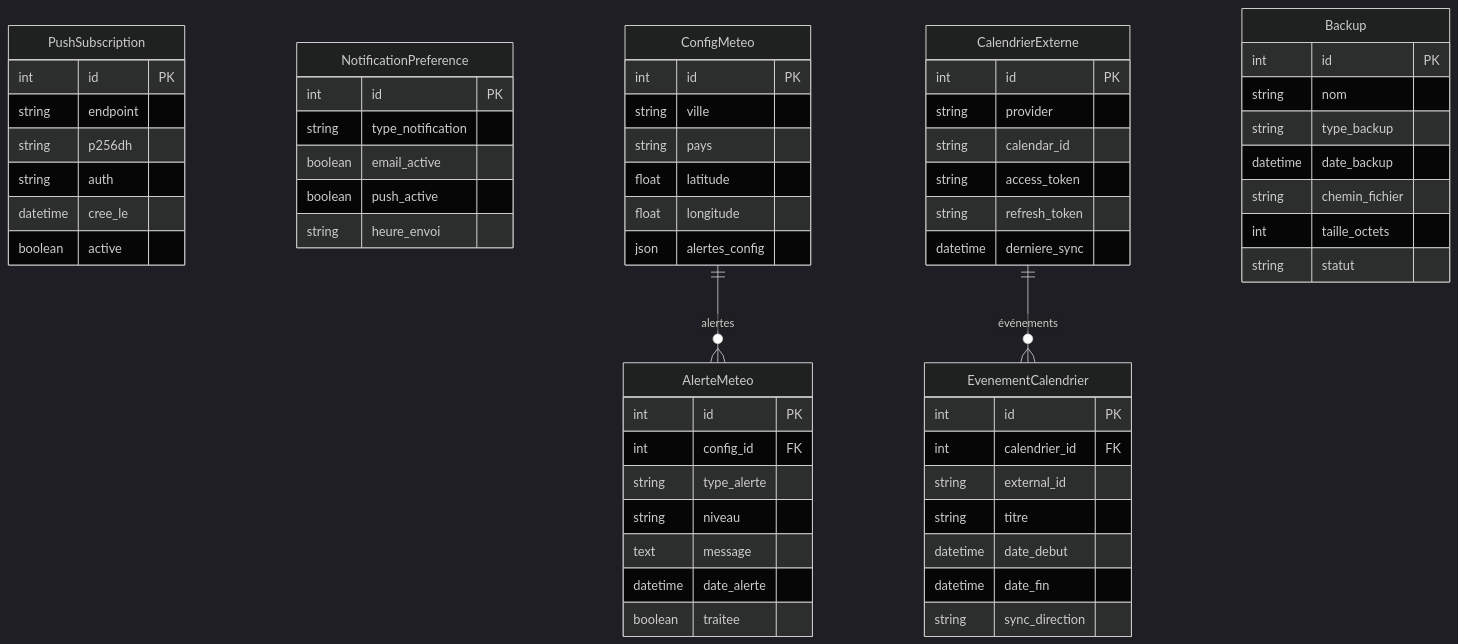
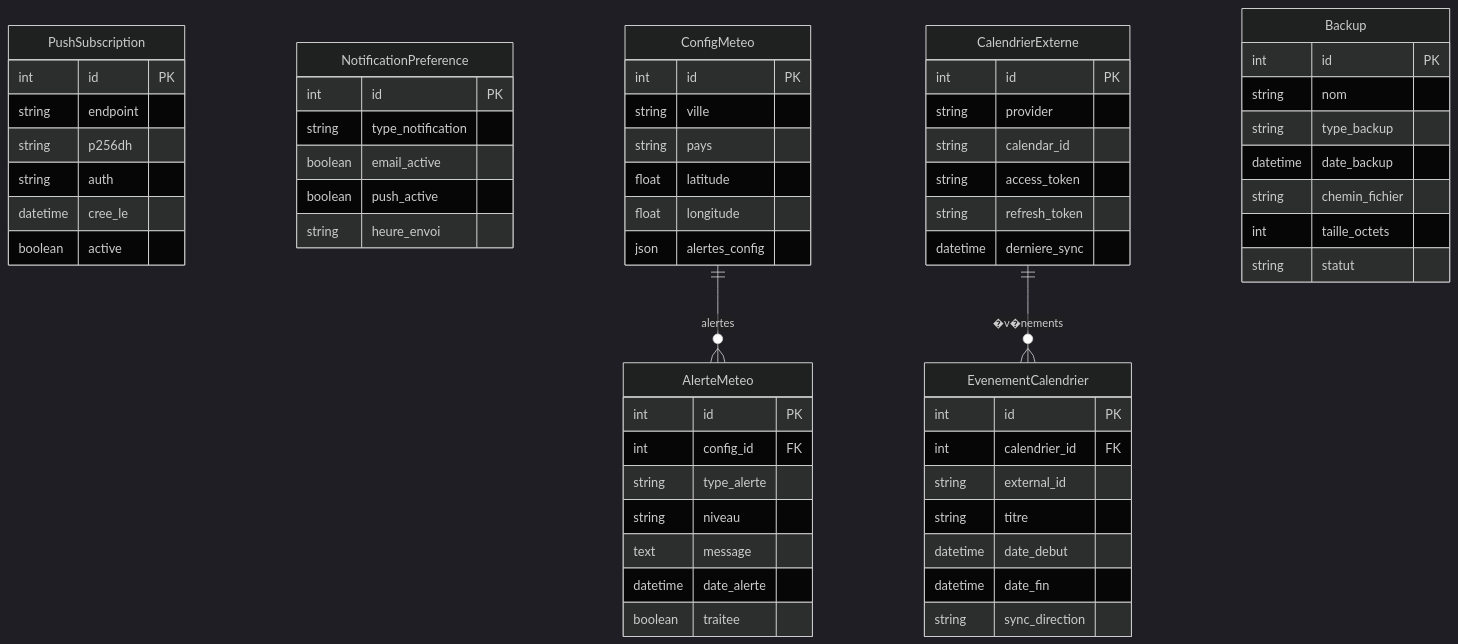
Before and after one commit to Trilian/assistant_matanne: the fourth of 5 diagrams in docs/ERD_SCHEMA.md, drawn with Mermaid (dark theme). The commit also changed other lines of this file and 46 other files, not shown here.

````diff
--- a/docs/ERD_SCHEMA.md
+++ b/docs/ERD_SCHEMA.md
@@ -678,8 +678,8 @@
 ```mermaid
 erDiagram
-    %% ═══════════════════════════════════════════════════
+    %% ---------------------------------------------------
     %% NOTIFICATIONS
-    %% ═══════════════════════════════════════════════════
+    %% ---------------------------------------------------
 
     PushSubscription {
         int id PK
@@ -698,9 +698,9 @@
         string heure_envoi
     }
 
-    %% ═══════════════════════════════════════════════════
-    %% MÉTÉO
-    %% ═══════════════════════════════════════════════════
+    %% ---------------------------------------------------
+    %% M�T�O
+    %% ---------------------------------------------------
 
     ConfigMeteo {
         int id PK
@@ -723,9 +723,9 @@
 
     ConfigMeteo ||--o{ AlerteMeteo : "alertes"
 
-    %% ═══════════════════════════════════════════════════
+    %% ---------------------------------------------------
     %% CALENDRIER EXTERNE
-    %% ═══════════════════════════════════════════════════
+    %% ---------------------------------------------------
 
     CalendrierExterne {
         int id PK
@@ -746,11 +746,11 @@
         string sync_direction
     }
 
-    CalendrierExterne ||--o{ EvenementCalendrier : "événements"
+    CalendrierExterne ||--o{ EvenementCalendrier : "�v�nements"
 
-    %% ═══════════════════════════════════════════════════
+    %% ---------------------------------------------------
     %% BACKUP
-    %% ═══════════════════════════════════════════════════
+    %% ---------------------------------------------------
 
     Backup {
         int id PK
````
